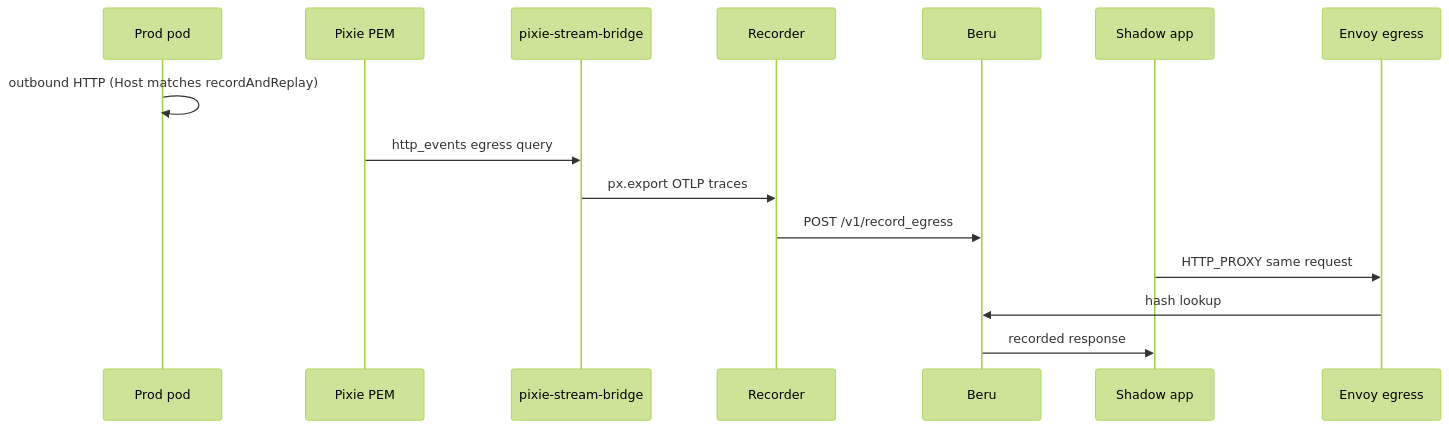
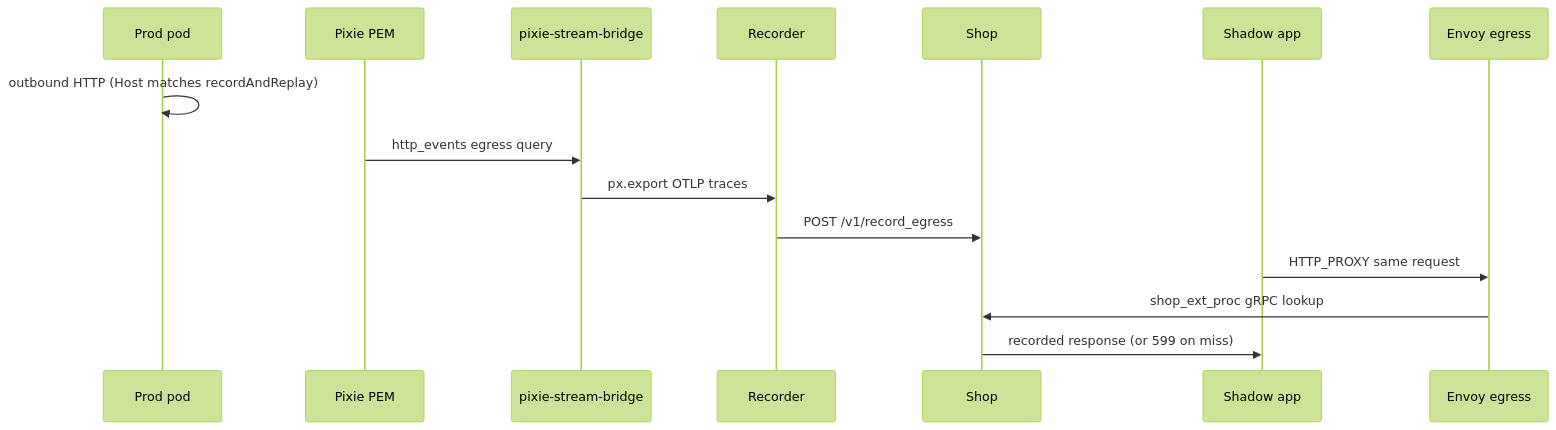
The fifth of 5 diagrams in docs/architecture/ARCHITECTURE.md (nederrgo/shadow-diff), drawn with Mermaid (forest theme) before and after one commit. The commit also changed other lines of this file and 44 other files, not shown here.

````diff
--- a/docs/architecture/ARCHITECTURE.md
+++ b/docs/architecture/ARCHITECTURE.md
@@ -329,18 +352,18 @@
 ```mermaid
 sequenceDiagram
   participant P as Prod pod
   participant Pix as Pixie PEM
   participant Br as pixie-stream-bridge
   participant R as Recorder
-  participant B as Beru
+  participant S as Shop
   participant Sh as Shadow app
   participant E as Envoy egress
 
   P->>P: outbound HTTP (Host matches recordAndReplay)
   Pix->>Br: http_events egress query
   Br->>R: px.export OTLP traces
-  R->>B: POST /v1/record_egress
+  R->>S: POST /v1/record_egress
   Sh->>E: HTTP_PROXY same request
-  E->>B: hash lookup
-  B->>Sh: recorded response
+  E->>S: shop_ext_proc gRPC lookup
+  S->>Sh: recorded response (or 599 on miss)
 ```
````
